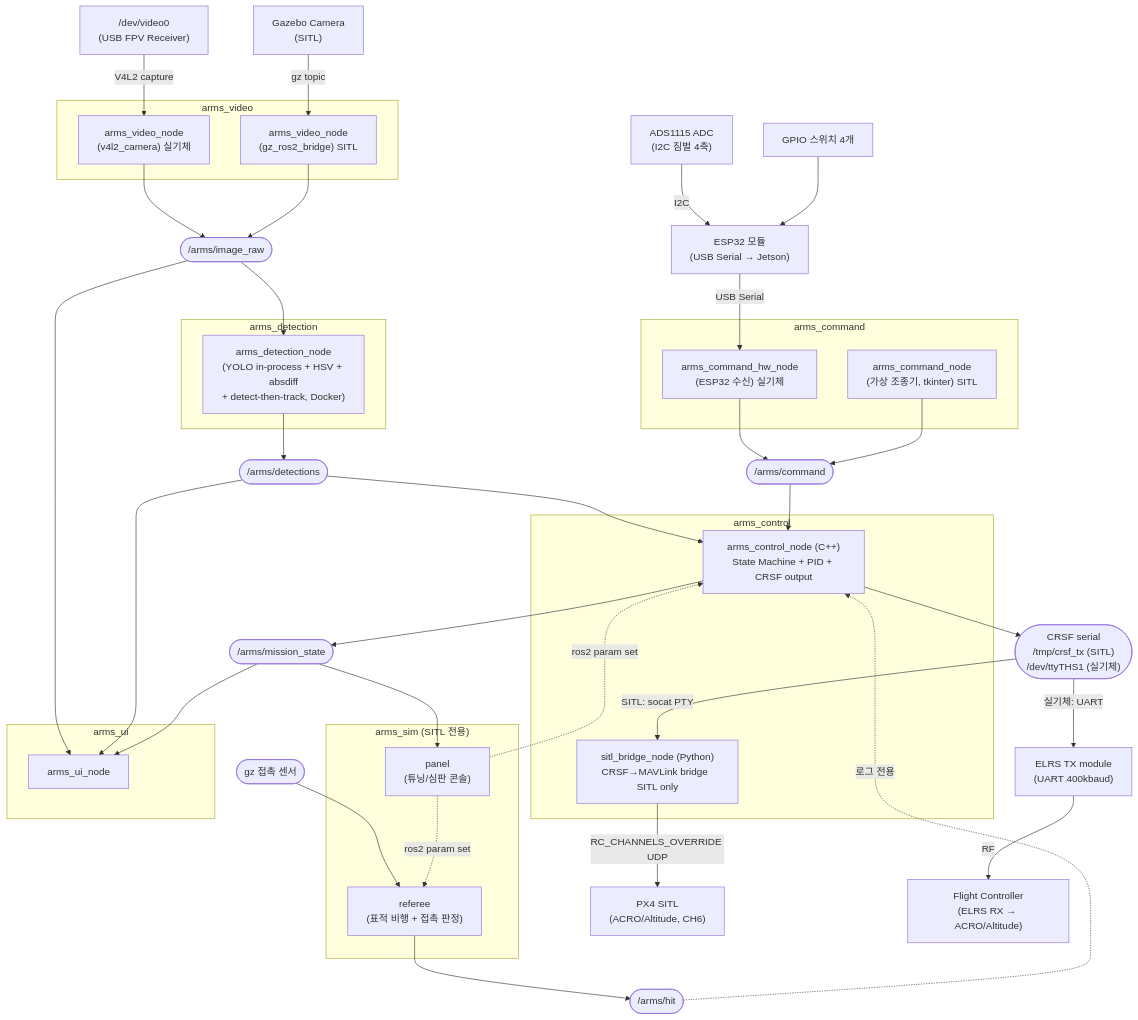
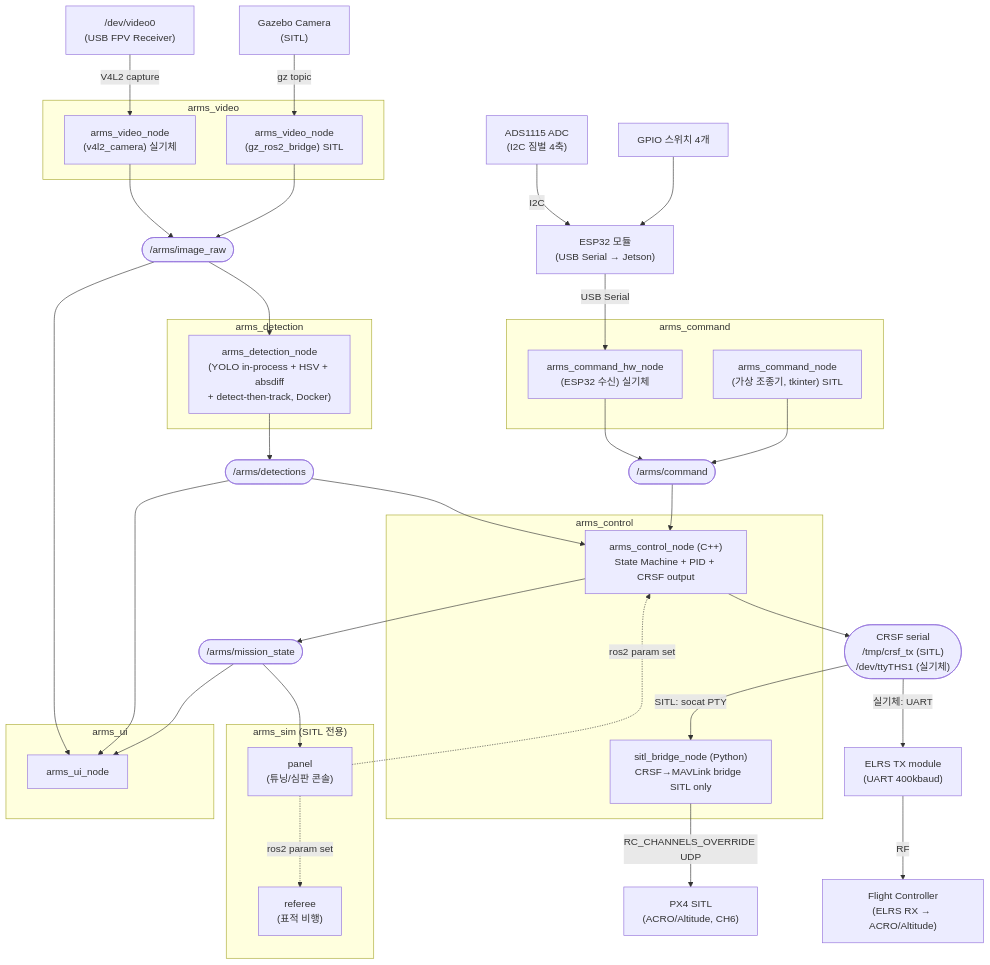
The first of 4 diagrams in SW/docs/DESIGN.md (tokhun2002/A.R.M.S.-Anti-drone-Reusable-Modular-System-), drawn with Mermaid before and after one commit. The commit also changed other lines of this file, not shown here.

Commit message:
docs: 문서 업데이트

````diff
--- a/SW/docs/DESIGN.md
+++ b/SW/docs/DESIGN.md
@@ -63,79 +63,74 @@
 ```mermaid
 graph TD
     GAZEBO["Gazebo Camera<br/>(SITL)"]
     V4L2["/dev/video0<br/>(USB FPV Receiver)"]
 
     subgraph arms_video ["arms_video"]
         VN_REAL["arms_video_node<br/>(v4l2_camera) 실기체"]
         VN_SITL["arms_video_node<br/>(gz_ros2_bridge) SITL"]
     end
 
     IMAGE(["/arms/image_raw"])
 
     subgraph arms_detection ["arms_detection"]
         DN_FUSION["arms_detection_node<br/>(YOLO in-process + HSV + absdiff<br/>+ detect-then-track, Docker)"]
     end
 
     subgraph arms_command ["arms_command"]
         CMD_GUI["arms_command_node<br/>(가상 조종기, tkinter) SITL"]
         CMD_JOY["arms_command_hw_node<br/>(ESP32 수신) 실기체"]
     end
 
     subgraph arms_sim ["arms_sim (SITL 전용)"]
         PANEL["panel<br/>(튜닝/심판 콘솔)"]
-        REFEREE["referee<br/>(표적 비행 + 접촉 판정)"]
+        REFEREE["referee<br/>(표적 비행)"]
     end
-
-    HIT(["/arms/hit"])
 
     ADS1115["ADS1115 ADC<br/>(I2C 짐벌 4축)"]
     SWGPIO["GPIO 스위치 4개"]
     ESP32["ESP32 모듈<br/>(USB Serial → Jetson)"]
     JOY(["/arms/command"])
 
     DETECTIONS(["/arms/detections"])
     MISSION_STATE(["/arms/mission_state"])
     CRSF_SERIAL(["CRSF serial<br/>/tmp/crsf_tx (SITL)<br/>/dev/ttyTHS1 (실기체)"])
 
     subgraph arms_control ["arms_control"]
         CN["arms_control_node (C++)<br/>State Machine + PID + CRSF output"]
         BRIDGE["sitl_bridge_node (Python)<br/>CRSF→MAVLink bridge  SITL only"]
     end
 
     subgraph arms_ui ["arms_ui"]
         UN["arms_ui_node"]
     end
 
     FC_SITL["PX4 SITL<br/>(ACRO/Altitude, CH6)"]
     FC_HW["Flight Controller<br/>(ELRS RX → ACRO/Altitude)"]
     ELRS_TX["ELRS TX module<br/>(UART 400kbaud)"]
 
     V4L2 -->|V4L2 capture| VN_REAL
     GAZEBO -->|gz topic| VN_SITL
     ADS1115 -->|I2C| ESP32
     SWGPIO --> ESP32
     ESP32 -->|USB Serial| CMD_JOY
     CMD_JOY --> JOY
     CMD_GUI --> JOY
     VN_REAL --> IMAGE
     VN_SITL --> IMAGE
     IMAGE --> DN_FUSION
     IMAGE --> UN
     DN_FUSION --> DETECTIONS
     DETECTIONS --> CN
     DETECTIONS --> UN
     JOY --> CN
     CN --> MISSION_STATE
     CN --> CRSF_SERIAL
     MISSION_STATE --> UN
     MISSION_STATE --> PANEL
-    GZ_CONTACT(["gz 접촉 센서"]) --> REFEREE
-    REFEREE --> HIT
-    HIT -.->|로그 전용| CN
     PANEL -.->|ros2 param set| CN
     PANEL -.->|ros2 param set| REFEREE
     CRSF_SERIAL -->|SITL: socat PTY| BRIDGE
     BRIDGE -->|RC_CHANNELS_OVERRIDE UDP| FC_SITL
     CRSF_SERIAL -->|실기체: UART| ELRS_TX
     ELRS_TX -->|RF| FC_HW
 ```
````
